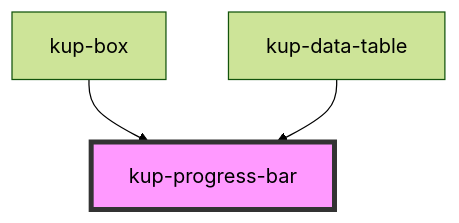
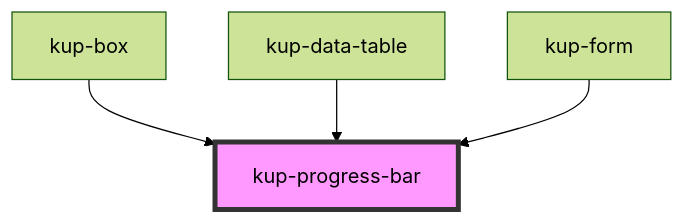
Before and after one commit to smeup/ketchup: the diagram in packages/ketchup/src/components/kup-progress-bar/readme.md, drawn with Mermaid (forest theme). The commit also changed other lines of this file and 10 other files, not shown here.

Commit message:
kup form: IMG and PGB as shape or as obj

````diff
--- a/packages/ketchup/src/components/kup-progress-bar/readme.md
+++ b/packages/ketchup/src/components/kup-progress-bar/readme.md
@@ -36,6 +37,7 @@
 ```mermaid
 graph TD;
   kup-box --> kup-progress-bar
   kup-data-table --> kup-progress-bar
+  kup-form --> kup-progress-bar
   style kup-progress-bar fill:#f9f,stroke:#333,stroke-width:4px
 ```
````
